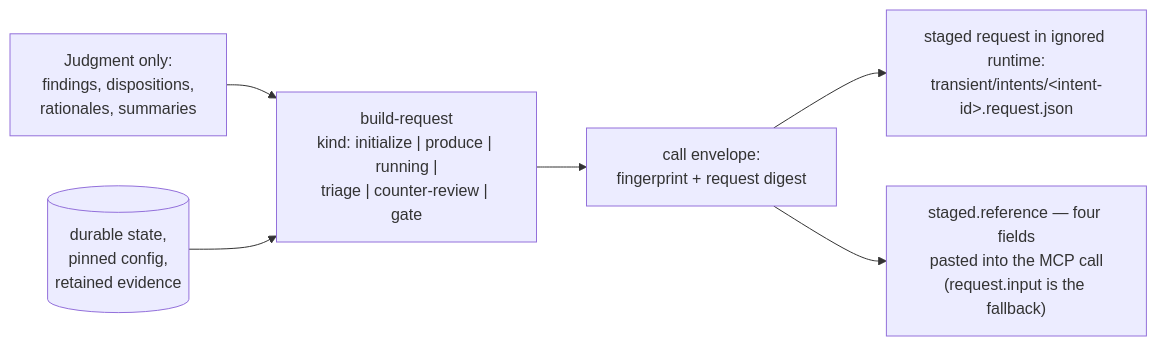
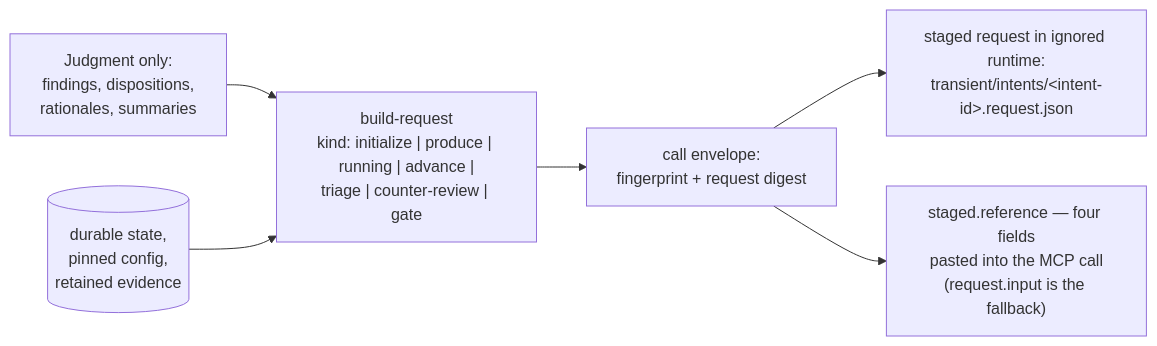
The diagram in docs/cli/COMMANDS.md (Aroton/ArchflowV2), drawn with Mermaid before and after one commit. The commit also changed other lines of this file and 29 other files, not shown here.

````diff
--- a/docs/cli/COMMANDS.md
+++ b/docs/cli/COMMANDS.md
@@ -63,8 +63,8 @@
 ```mermaid
 flowchart LR
-    J["Judgment only:<br/>findings, dispositions,<br/>rationales, summaries"] --> BR["build-request<br/>kind: initialize | produce | running |<br/>triage | counter-review | gate"]
+    J["Judgment only:<br/>findings, dispositions,<br/>rationales, summaries"] --> BR["build-request<br/>kind: initialize | produce | running | advance |<br/>triage | counter-review | gate"]
     DS[("durable state,<br/>pinned config,<br/>retained evidence")] --> BR
     BR --> ENV["call envelope:<br/>fingerprint + request digest"]
     ENV --> STG["staged request in ignored runtime:<br/>transient/intents/&lt;intent-id&gt;.request.json"]
     ENV --> OUT["staged.reference — four fields<br/>pasted into the MCP call<br/>(request.input is the fallback)"]
 ```
````
